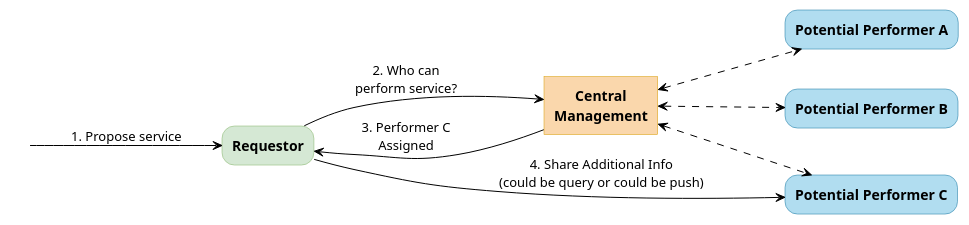
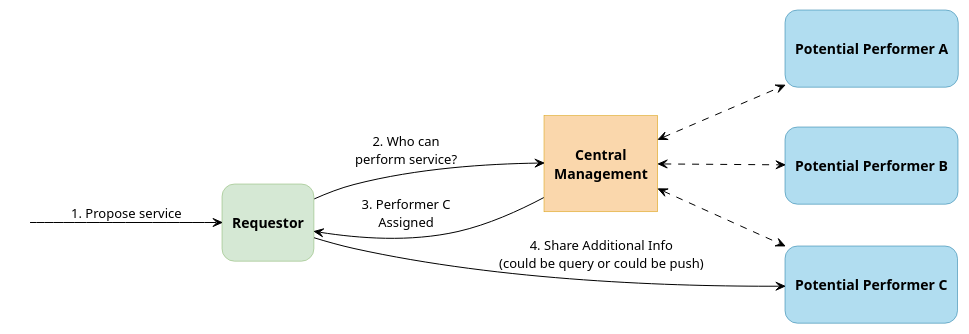
One commit to HL7/fhir-cow-ig changed the diagram in input/images-source/request-central.plantuml. Above: the diagram before and after it, drawn with PlantUML. The commit also changed 5 other files, not shown here.

First line of the commit message:
Fulfiller Determination diagrams: taller boxes

```diff
--- a/input/images-source/request-central.plantuml
+++ b/input/images-source/request-central.plantuml
@@ -1,31 +1,31 @@
 @startuml request-central
 skinparam svgDimensionStyle false
 skinparam defaultFontName Arial
 skinparam defaultTextAlignment center
 skinparam ArrowColor Black
 skinparam rectangle {
   RoundCorner 25
   FontStyle bold
 }
 skinparam nodesep 40
 skinparam ranksep 80
 skinparam rectangle<<square>> {
   RoundCorner 0
 }
 hide stereotype
 left to right direction
 
 rectangle " " as CenS1 #transparent;line:transparent
-rectangle "Requestor" as CenR #d5e8d4;line:82b366
-rectangle "Central\nManagement" as CenM <<square>> #fad7ac;line:d79b00
-rectangle "Potential Performer A" as CenA #b1ddf0;line:10739e
-rectangle "Potential Performer B" as CenB #b1ddf0;line:10739e
-rectangle "Potential Performer C" as CenC #b1ddf0;line:10739e
+rectangle "\nRequestor\n" as CenR #d5e8d4;line:82b366
+rectangle "\nCentral\nManagement\n" as CenM <<square>> #fad7ac;line:d79b00
+rectangle "\nPotential Performer A\n" as CenA #b1ddf0;line:10739e
+rectangle "\nPotential Performer B\n" as CenB #b1ddf0;line:10739e
+rectangle "\nPotential Performer C\n" as CenC #b1ddf0;line:10739e
 CenS1 --> CenR : 1. Propose service
 CenR --> CenM : 2. Who can\nperform service?
 CenM <..> CenA
 CenM <..> CenB
 CenM <..> CenC
 CenM --> CenR : 3. Performer C\nAssigned
 CenR --> CenC : 4. Share Additional Info\n(could be query or could be push)
 @enduml
```
